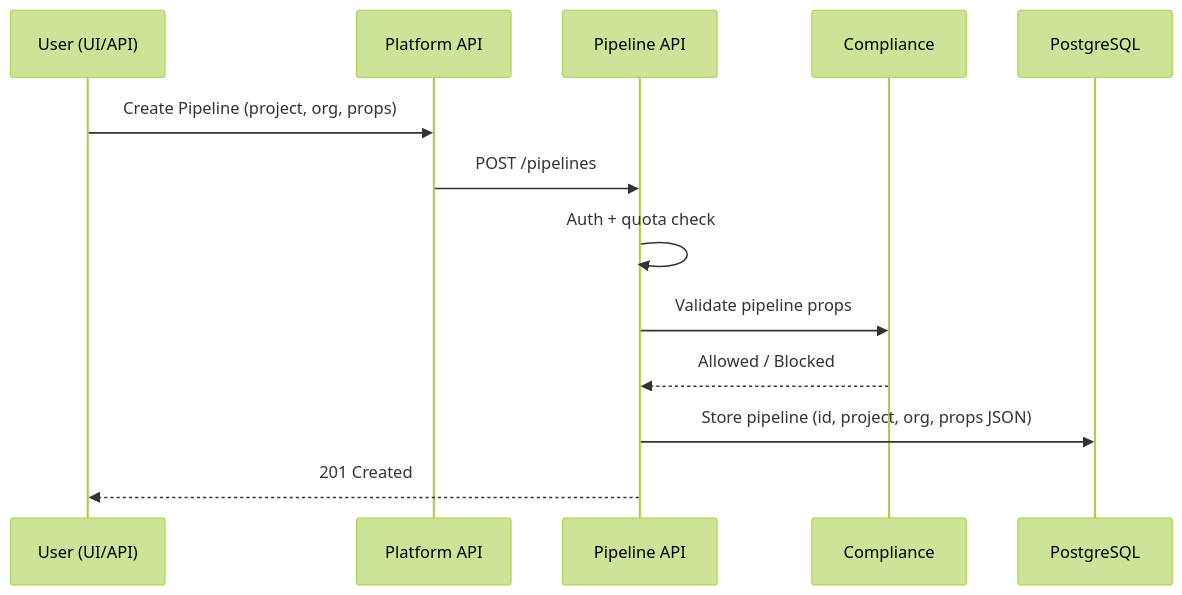
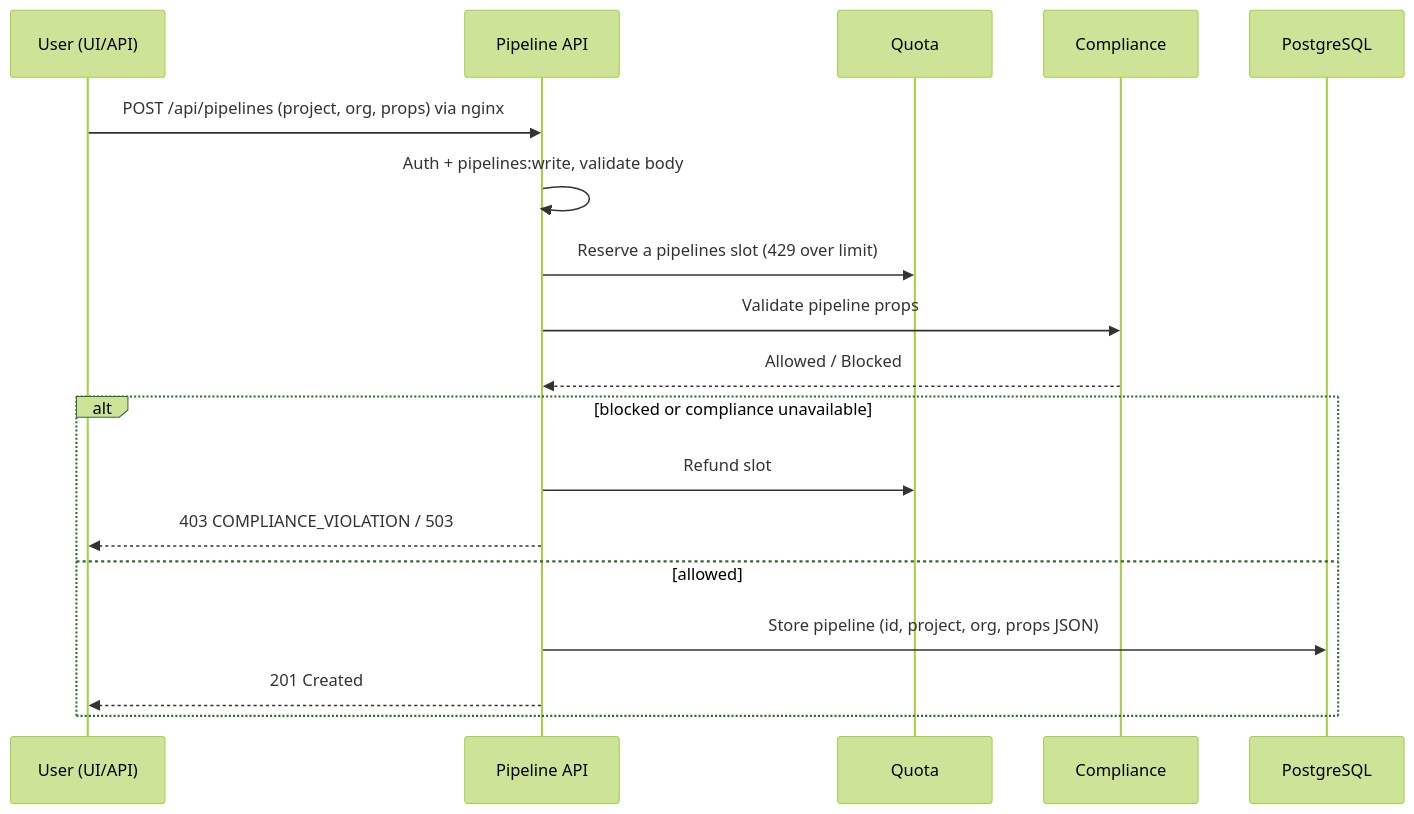
One commit to mwashburn160/pipeline-builder changed the sixth of 11 diagrams in docs/architecture-flow.md. Above: the diagram before and after it, drawn with Mermaid (forest theme). The commit also changed other lines of this file and 298 other files, not shown here.

````diff
--- a/docs/architecture-flow.md
+++ b/docs/architecture-flow.md
@@ -240,16 +244,21 @@
 ```mermaid
 sequenceDiagram
     participant User as User (UI/API)
-    participant Plat as Platform API
     participant Pipe as Pipeline API
+    participant Quota as Quota
     participant Comp as Compliance
     participant DB as PostgreSQL
 
-    User->>Plat: Create Pipeline (project, org, props)
-    Plat->>Pipe: POST /pipelines
-    Pipe->>Pipe: Auth + quota check
+    User->>Pipe: POST /api/pipelines (project, org, props) via nginx
+    Pipe->>Pipe: Auth + pipelines:write, validate body
+    Pipe->>Quota: Reserve a pipelines slot (429 over limit)
     Pipe->>Comp: Validate pipeline props
     Comp-->>Pipe: Allowed / Blocked
-    Pipe->>DB: Store pipeline (id, project, org, props JSON)
-    Pipe-->>User: 201 Created
+    alt blocked or compliance unavailable
+        Pipe->>Quota: Refund slot
+        Pipe-->>User: 403 COMPLIANCE_VIOLATION / 503
+    else allowed
+        Pipe->>DB: Store pipeline (id, project, org, props JSON)
+        Pipe-->>User: 201 Created
+    end
 ```
````
